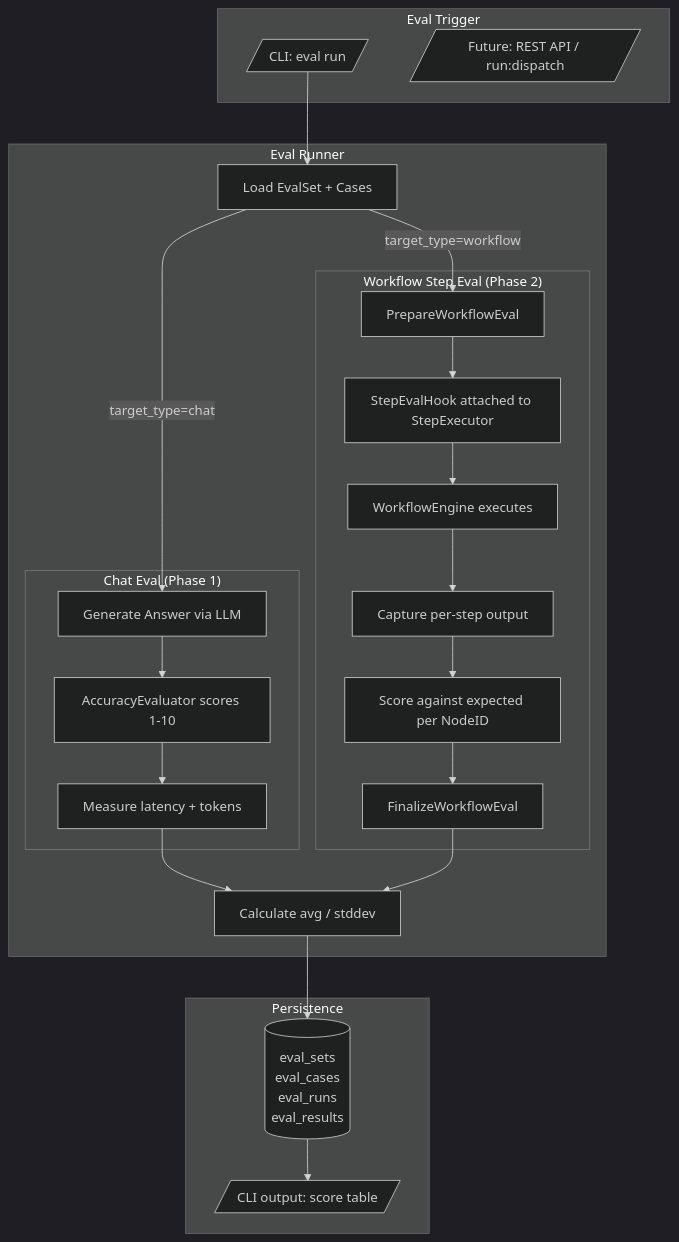
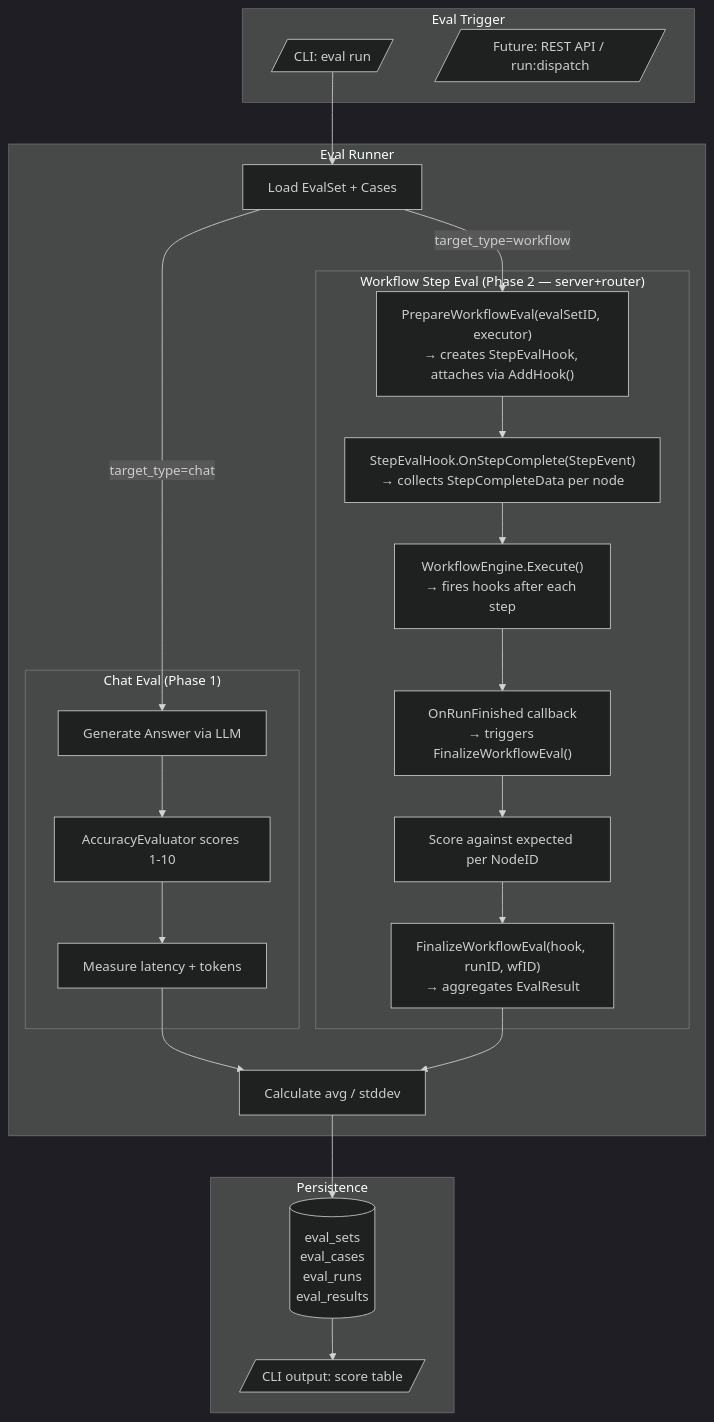
Before and after one commit to nlook-service/nlook-router: the sixth of 7 diagrams in README.md, drawn with Mermaid (dark theme). The commit also changed other lines of this file and 5 other files, not shown here.

First line of the commit message:
feat(eval): integrate eval into workflow execution pipeline

````diff
--- a/README.md
+++ b/README.md
@@ -282,38 +282,38 @@
 ```mermaid
 flowchart TB
     subgraph Triggers["Eval Trigger"]
         CLI[/"CLI: eval run <set-id>"/]
         FUTURE[/"Future: REST API / run:dispatch"/]
     end
 
     subgraph EvalRunner["Eval Runner"]
         LOAD[Load EvalSet + Cases]
 
         subgraph ChatEval["Chat Eval (Phase 1)"]
             GEN[Generate Answer via LLM]
             SCORE[AccuracyEvaluator scores 1-10]
             PERF[Measure latency + tokens]
         end
 
-        subgraph StepEval["Workflow Step Eval (Phase 2)"]
-            PREP[PrepareWorkflowEval]
-            HOOK[StepEvalHook attached to StepExecutor]
-            WE2[WorkflowEngine executes]
-            CAP[Capture per-step output]
+        subgraph StepEval["Workflow Step Eval (Phase 2 — server+router)"]
+            PREP["PrepareWorkflowEval(evalSetID, executor)\n→ creates StepEvalHook, attaches via AddHook()"]
+            HOOK["StepEvalHook.OnStepComplete(StepEvent)\n→ collects StepCompleteData per node"]
+            WE2["WorkflowEngine.Execute()\n→ fires hooks after each step"]
+            CAP["OnRunFinished callback\n→ triggers FinalizeWorkflowEval()"]
             SCORE2[Score against expected per NodeID]
-            FIN[FinalizeWorkflowEval]
+            FIN["FinalizeWorkflowEval(hook, runID, wfID)\n→ aggregates EvalResult"]
         end
 
         STATS[Calculate avg / stddev]
     end
 
     subgraph Persist["Persistence"]
         DB[(eval_sets\neval_cases\neval_runs\neval_results)]
         OUT[/"CLI output: score table"/]
     end
 
     CLI --> LOAD
     LOAD -->|target_type=chat| GEN --> SCORE --> PERF --> STATS
     LOAD -->|target_type=workflow| PREP --> HOOK --> WE2 --> CAP --> SCORE2 --> FIN --> STATS
     STATS --> DB --> OUT
 ```
````
